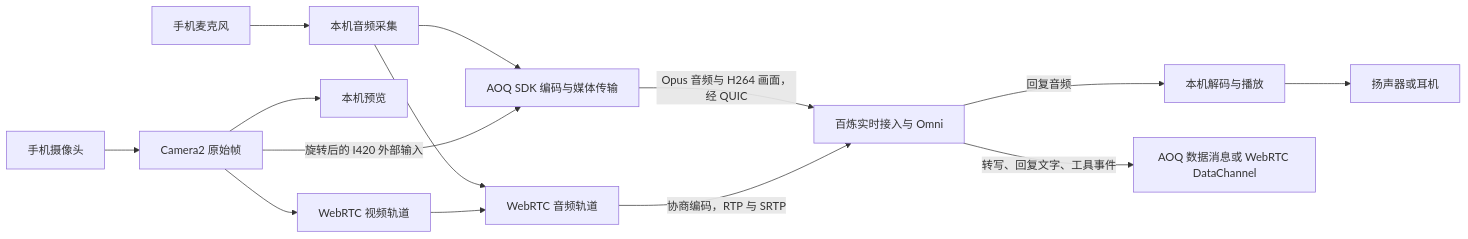
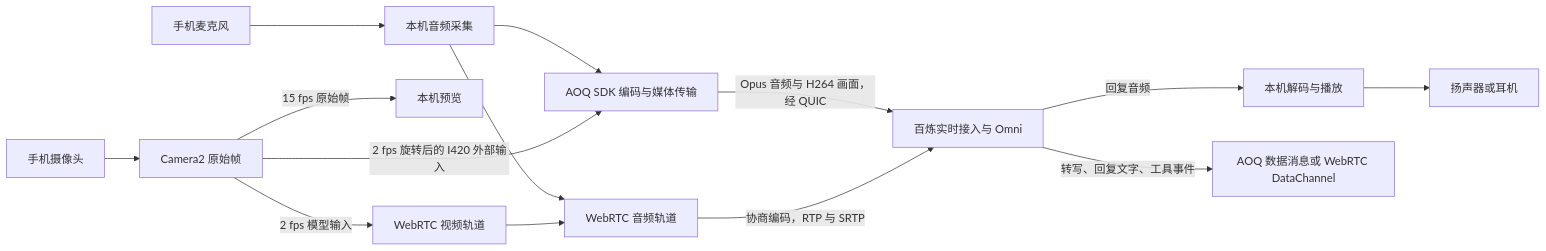
The third of 6 diagrams in docs/features/ai-audio-video-interaction.md (John-Shao/we-meet), drawn with Mermaid before and after one commit. The commit also changed other lines of this file, not shown here.

Commit message:
docs(ai-call): document preview frame rates and screen-on behavior

````diff
--- a/docs/features/ai-audio-video-interaction.md
+++ b/docs/features/ai-audio-video-interaction.md
@@ -154,16 +154,16 @@
 ```mermaid
 flowchart LR
     Mic[手机麦克风] --> Capture[本机音频采集]
     Camera[手机摄像头] --> C2[Camera2 原始帧]
-    C2 --> Preview[本机预览]
+    C2 -->|15 fps 原始帧| Preview[本机预览]
     Capture --> AOQ[AOQ SDK 编码与媒体传输]
-    C2 -->|旋转后的 I420 外部输入| AOQ
+    C2 -->|2 fps 旋转后的 I420 外部输入| AOQ
     Capture --> RTC[WebRTC 音频轨道]
-    C2 --> Track[WebRTC 视频轨道]
+    C2 -->|2 fps 模型输入| Track[WebRTC 视频轨道]
     Track --> RTC
     AOQ -->|Opus 音频与 H264 画面，经 QUIC| Ali[百炼实时接入与 Omni]
     RTC -->|协商编码，RTP 与 SRTP| Ali
     Ali -->|回复音频| Player[本机解码与播放]
     Player --> Device[扬声器或耳机]
     Ali -->|转写、回复文字、工具事件| Events[AOQ 数据消息或 WebRTC DataChannel]
 ```
````
